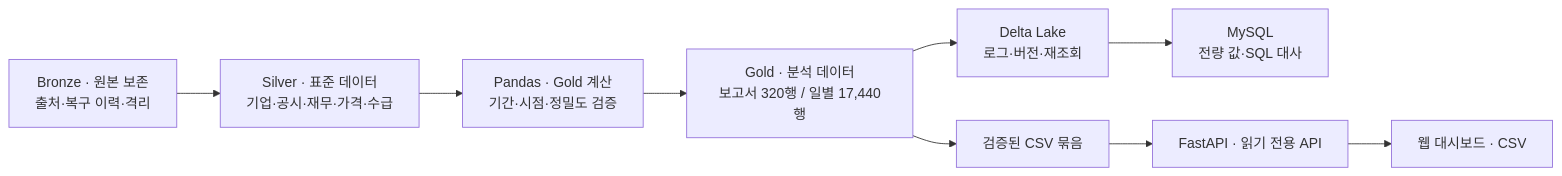
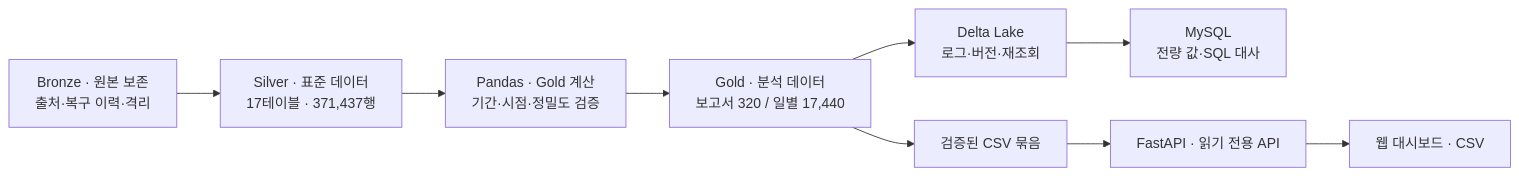
Before and after one commit to 2nd-MLOps-engineer-2/Team-Zero: the first of 2 diagrams in README.md, drawn with Mermaid. The commit also changed other lines of this file and 1 other file, not shown here.

````diff
--- a/README.md
+++ b/README.md
@@ -241,11 +70,11 @@
 ```mermaid
 flowchart LR
-    B["Bronze · 원본 보존\n출처·복구 이력·격리"] --> S["Silver · 표준 데이터\n기업·공시·재무·가격·수급"]
+    B["Bronze · 원본 보존\n출처·복구 이력·격리"] --> S["Silver · 표준 데이터\n17테이블 · 371,437행"]
     S --> C["Pandas · Gold 계산\n기간·시점·정밀도 검증"]
-    C --> G["Gold · 분석 데이터\n보고서 320행 / 일별 17,440행"]
+    C --> G["Gold · 분석 데이터\n보고서 320 / 일별 17,440"]
     G --> D["Delta Lake\n로그·버전·재조회"]
     D --> M["MySQL\n전량 값·SQL 대사"]
     G --> P["검증된 CSV 묶음"]
     P --> API["FastAPI · 읽기 전용 API"]
     API --> W["웹 대시보드 · CSV"]
 ```
````
